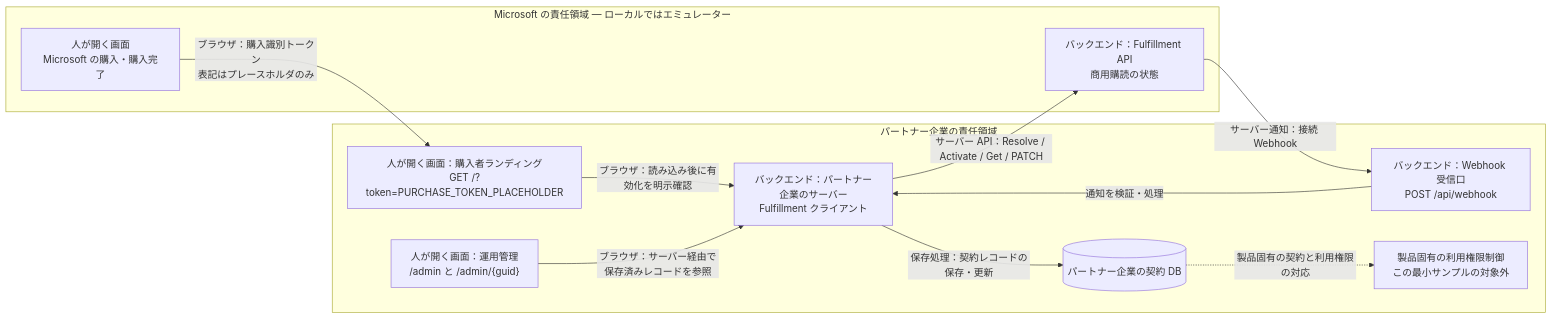
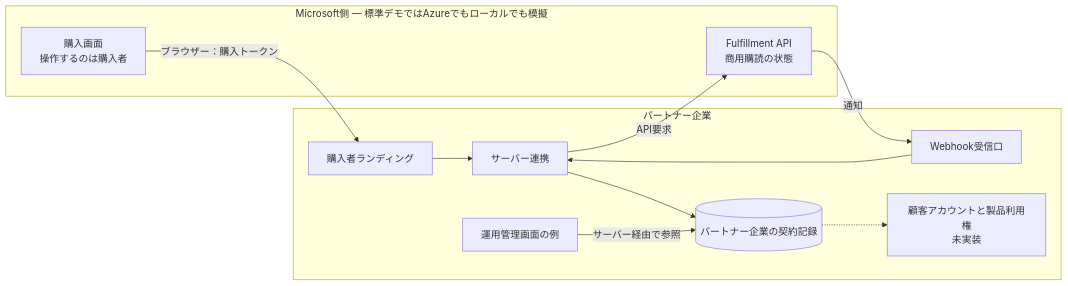
One commit to MamoruKuroda/marketplace-saas-fulfillment-sample changed the diagram in docs/walkthrough.ja.md. Above: the diagram before and after it, drawn with Mermaid. The commit also changed other lines of this file and 22 other files, not shown here.

````diff
--- a/docs/walkthrough.ja.md
+++ b/docs/walkthrough.ja.md
@@ -82,23 +62,23 @@
 ```mermaid
 flowchart LR
-    subgraph MS["Microsoft の責任領域 — ローカルではエミュレーター"]
-        PURCHASE["人が開く画面<br/>Microsoft の購入・購入完了"]
-        API["バックエンド：Fulfillment API<br/>商用購読の状態"]
+    subgraph MS["Microsoft側 — 標準デモではAzureでもローカルでも模擬"]
+        BUY["購入画面<br/>操作するのは購入者"]
+        API["Fulfillment API<br/>商用購読の状態"]
     end
-    subgraph PARTNER["パートナー企業の責任領域"]
-        LAND["人が開く画面：購入者ランディング<br/>GET /?token=PURCHASE_TOKEN_PLACEHOLDER"]
-        ADMIN["人が開く画面：運用管理<br/>/admin と /admin/{guid}"]
-        SERVER["バックエンド：パートナー企業のサーバー<br/>Fulfillment クライアント"]
-        WEBHOOK["バックエンド：Webhook 受信口<br/>POST /api/webhook"]
-        DB[("パートナー企業の契約 DB")]
-        PRODUCT["製品固有の利用権限制御<br/>この最小サンプルの対象外"]
+    subgraph PARTNER["パートナー企業"]
+        LAND["購入者ランディング"]
+        SERVER["サーバー連携"]
+        HOOK["Webhook受信口"]
+        DB[("パートナー企業の契約記録")]
+        ADMIN["運用管理画面の例"]
+        PRODUCT["顧客アカウントと製品利用権<br/>未実装"]
     end
-    PURCHASE -->|"ブラウザ：購入識別トークン<br/>表記はプレースホルダのみ"| LAND
-    LAND -->|"ブラウザ：読み込み後に有効化を明示確認"| SERVER
-    SERVER -->|"サーバー API：Resolve / Activate / Get / PATCH"| API
-    API -->|"サーバー通知：接続 Webhook"| WEBHOOK
-    WEBHOOK -->|"通知を検証・処理"| SERVER
-    SERVER -->|"保存処理：契約レコードの保存・更新"| DB
-    ADMIN -->|"ブラウザ：サーバー経由で保存済みレコードを参照"| SERVER
-    DB -.->|"製品固有の契約と利用権限の対応"| PRODUCT
+    BUY -->|"ブラウザー：購入トークン"| LAND
+    LAND --> SERVER
+    SERVER -->|"API要求"| API
+    API -->|"通知"| HOOK
+    HOOK --> SERVER
+    SERVER --> DB
+    ADMIN -->|"サーバー経由で参照"| DB
+    DB -.-> PRODUCT
 ```
````
